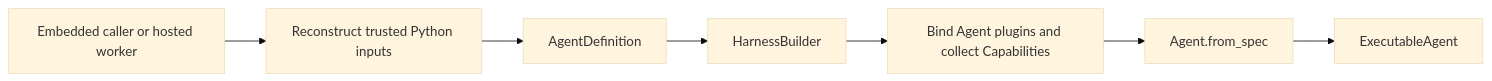
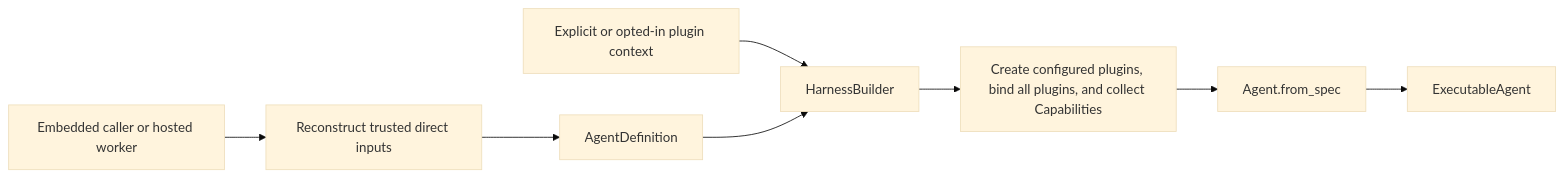
Before and after one commit to LTThreeComma/agent-foundation: the first of 2 diagrams in spec/agent-harness/03-agent-definition-and-build.md, drawn with Mermaid (base theme). The commit also changed other lines of this file and 42 other files, not shown here.

First line of the commit message:
feat(harness): add configured plugin loading

````diff
--- a/spec/agent-harness/03-agent-definition-and-build.md
+++ b/spec/agent-harness/03-agent-definition-and-build.md
@@ -9,9 +9,10 @@
 ```mermaid
 flowchart LR
-    Host[Embedded caller or hosted worker] --> Reconstruct[Reconstruct trusted Python inputs]
+    Host[Embedded caller or hosted worker] --> Reconstruct[Reconstruct trusted direct inputs]
     Reconstruct --> Definition[AgentDefinition]
-    Definition --> Builder[HarnessBuilder]
-    Builder --> Plugins[Bind Agent plugins and collect Capabilities]
+    Config[Explicit or opted-in plugin context] --> Builder[HarnessBuilder]
+    Definition --> Builder
+    Builder --> Plugins[Create configured plugins, bind all plugins, and collect Capabilities]
     Plugins --> FromSpec[Agent.from_spec]
     FromSpec --> Executable[ExecutableAgent]
 ```
````
